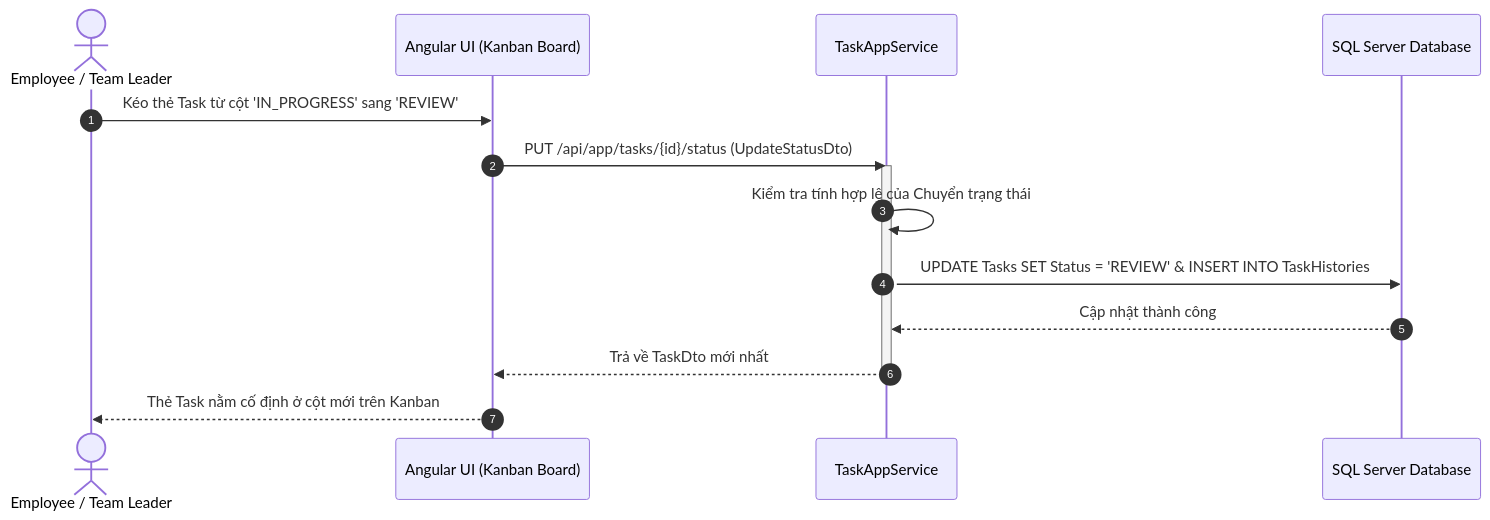
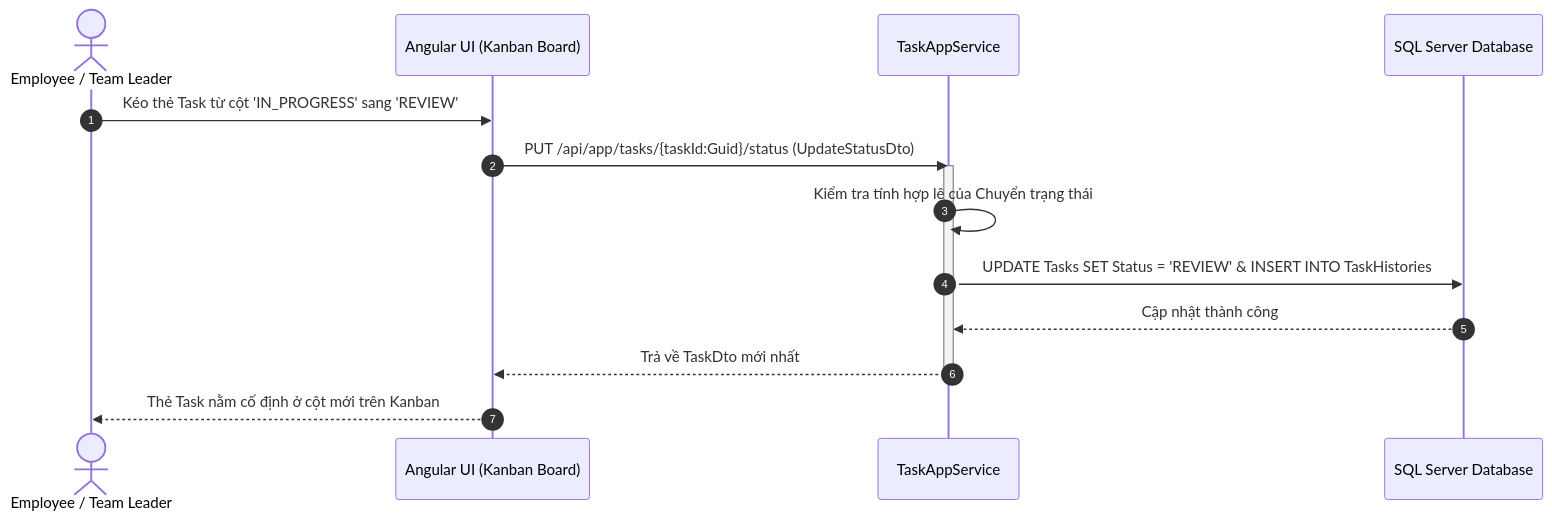
Before and after one commit to anhhthuu2404/task-management: the tenth of 13 diagrams in document/Design_Diagrams.md, drawn with Mermaid. The commit also changed other lines of this file, not shown here.

````diff
--- a/document/Design_Diagrams.md
+++ b/document/Design_Diagrams.md
@@ -503,21 +578,21 @@
 ```mermaid
 sequenceDiagram
     autonumber
     actor User as Employee / Team Leader
     participant UI as Angular UI (Kanban Board)
     participant AppSrv as TaskAppService
     participant DB as SQL Server Database
 
     User->>UI: Kéo thẻ Task từ cột 'IN_PROGRESS' sang 'REVIEW'
-    UI->>AppSrv: PUT /api/app/tasks/{id}/status (UpdateStatusDto)
+    UI->>AppSrv: PUT /api/app/tasks/{taskId:Guid}/status (UpdateStatusDto)
     activate AppSrv
 
     AppSrv->>AppSrv: Kiểm tra tính hợp lệ của Chuyển trạng thái
     AppSrv->>DB: UPDATE Tasks SET Status = 'REVIEW' & INSERT INTO TaskHistories
     DB-->>AppSrv: Cập nhật thành công
 
     AppSrv-->>UI: Trả về TaskDto mới nhất
     deactivate AppSrv
 
     UI-->>User: Thẻ Task nằm cố định ở cột mới trên Kanban
 ```
````
